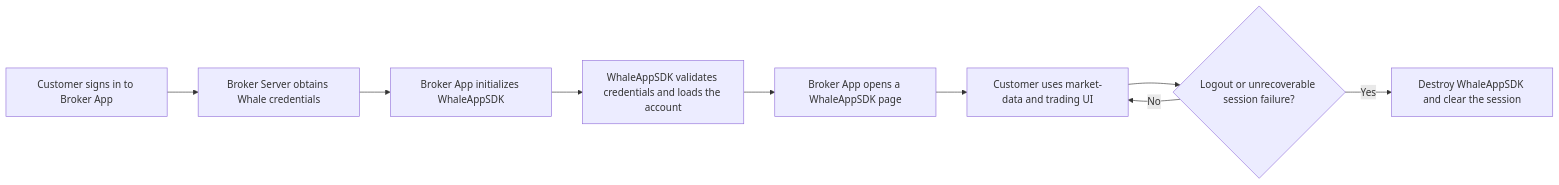
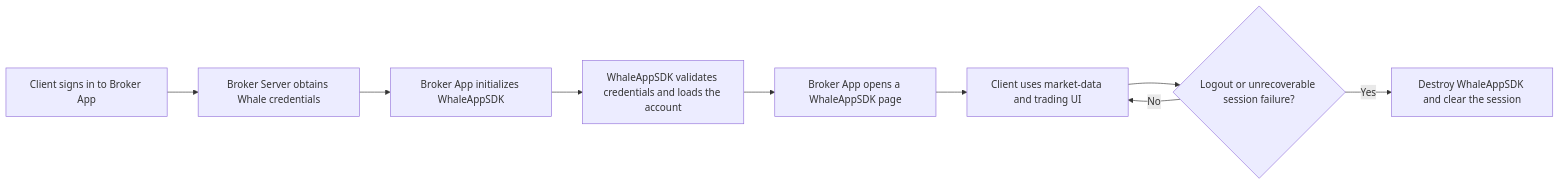
One commit to longbridge/whale-docs changed the diagram in docs/en/whalesdk/whaleapp/overview.mdx. Above: the diagram before and after it, drawn with Mermaid. The commit also changed other lines of this file and 72 other files, not shown here.

First line of the commit message:
docs: rename Customer to Client and scope heading anchors to docs/

````diff
--- a/docs/en/whalesdk/whaleapp/overview.mdx
+++ b/docs/en/whalesdk/whaleapp/overview.mdx
@@ -8,11 +8,11 @@
 ```mermaid
 flowchart LR
-    A[Customer signs in to Broker App] --> B[Broker Server obtains Whale credentials]
+    A[Client signs in to Broker App] --> B[Broker Server obtains Whale credentials]
     B --> C[Broker App initializes WhaleAppSDK]
     C --> D[WhaleAppSDK validates credentials and loads the account]
     D --> E[Broker App opens a WhaleAppSDK page]
-    E --> F[Customer uses market-data and trading UI]
+    E --> F[Client uses market-data and trading UI]
     F --> G{Logout or unrecoverable session failure?}
     G -- No --> F
     G -- Yes --> H[Destroy WhaleAppSDK and clear the session]
 ```
````
